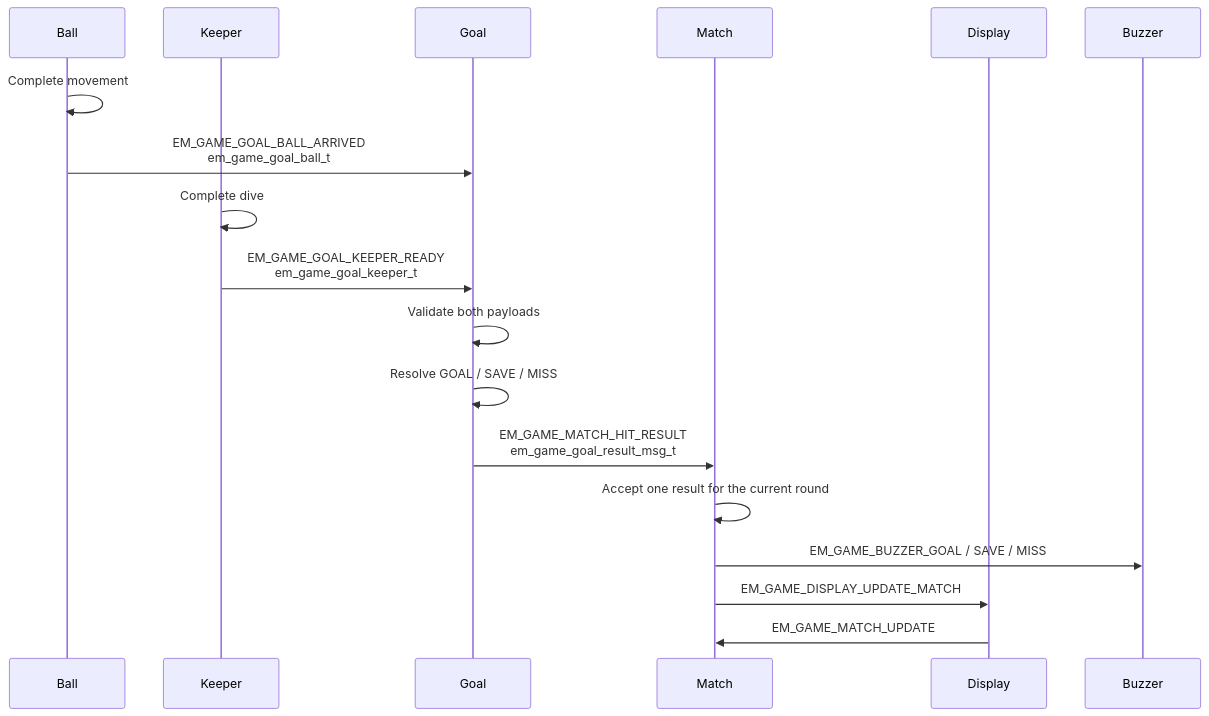
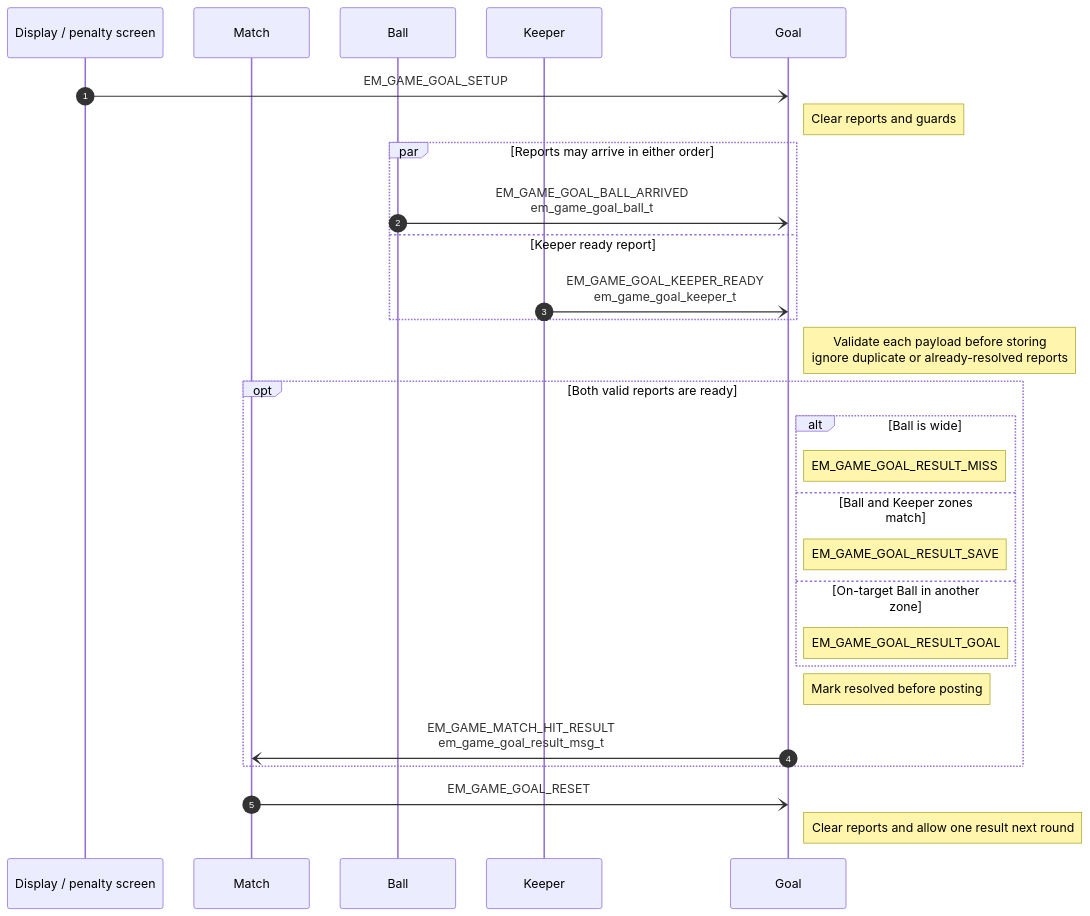
The fifth of 7 diagrams in docs/02-design-sequence-object.md (caotrongphuoc/11m-game), drawn with Mermaid before and after one commit. The commit also changed other lines of this file, not shown here.

Commit message:
[DOC] rewrite eleven meter object sequences

````diff
--- a/docs/02-design-sequence-object.md
+++ b/docs/02-design-sequence-object.md
@@ -150,22 +376,32 @@
 ```mermaid
+%%{init: {"themeVariables": {"fontSize": "16px"}, "sequence": {"actorMargin": 40}}}%%
 sequenceDiagram
+    autonumber
+    participant Display as Display / penalty screen
+    participant Match
     participant Ball
     participant Keeper
     participant Goal
-    participant Match
-    participant Display
-    participant Buzzer
 
-    Ball->>Ball: Complete movement
-    Ball->>Goal: EM_GAME_GOAL_BALL_ARRIVED<br/>em_game_goal_ball_t
-    Keeper->>Keeper: Complete dive
-    Keeper->>Goal: EM_GAME_GOAL_KEEPER_READY<br/>em_game_goal_keeper_t
-
-    Goal->>Goal: Validate both payloads
-    Goal->>Goal: Resolve GOAL / SAVE / MISS
-    Goal->>Match: EM_GAME_MATCH_HIT_RESULT<br/>em_game_goal_result_msg_t
-    Match->>Match: Accept one result for the current round
-    Match->>Buzzer: EM_GAME_BUZZER_GOAL / SAVE / MISS
-    Match->>Display: EM_GAME_DISPLAY_UPDATE_MATCH
-    Display->>Match: EM_GAME_MATCH_UPDATE
+    Display-)Goal: EM_GAME_GOAL_SETUP
+    Note right of Goal: Clear reports and guards
+    par Reports may arrive in either order
+        Ball-)Goal: EM_GAME_GOAL_BALL_ARRIVED<br/>em_game_goal_ball_t
+    and Keeper ready report
+        Keeper-)Goal: EM_GAME_GOAL_KEEPER_READY<br/>em_game_goal_keeper_t
+    end
+    Note right of Goal: Validate each payload before storing<br/>ignore duplicate or already-resolved reports
+    opt Both valid reports are ready
+        alt Ball is wide
+            Note right of Goal: EM_GAME_GOAL_RESULT_MISS
+        else Ball and Keeper zones match
+            Note right of Goal: EM_GAME_GOAL_RESULT_SAVE
+        else On-target Ball in another zone
+            Note right of Goal: EM_GAME_GOAL_RESULT_GOAL
+        end
+        Note right of Goal: Mark resolved before posting
+        Goal-)Match: EM_GAME_MATCH_HIT_RESULT<br/>em_game_goal_result_msg_t
+    end
+    Match-)Goal: EM_GAME_GOAL_RESET
+    Note right of Goal: Clear reports and allow one result next round
 ```
````
